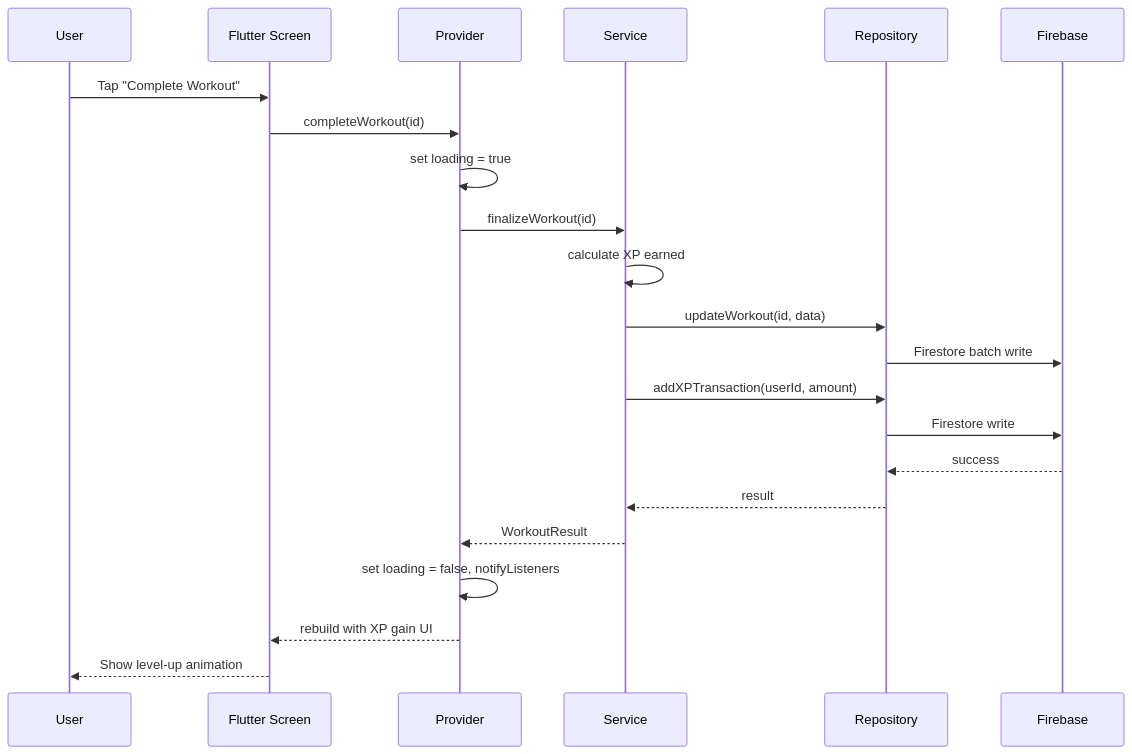
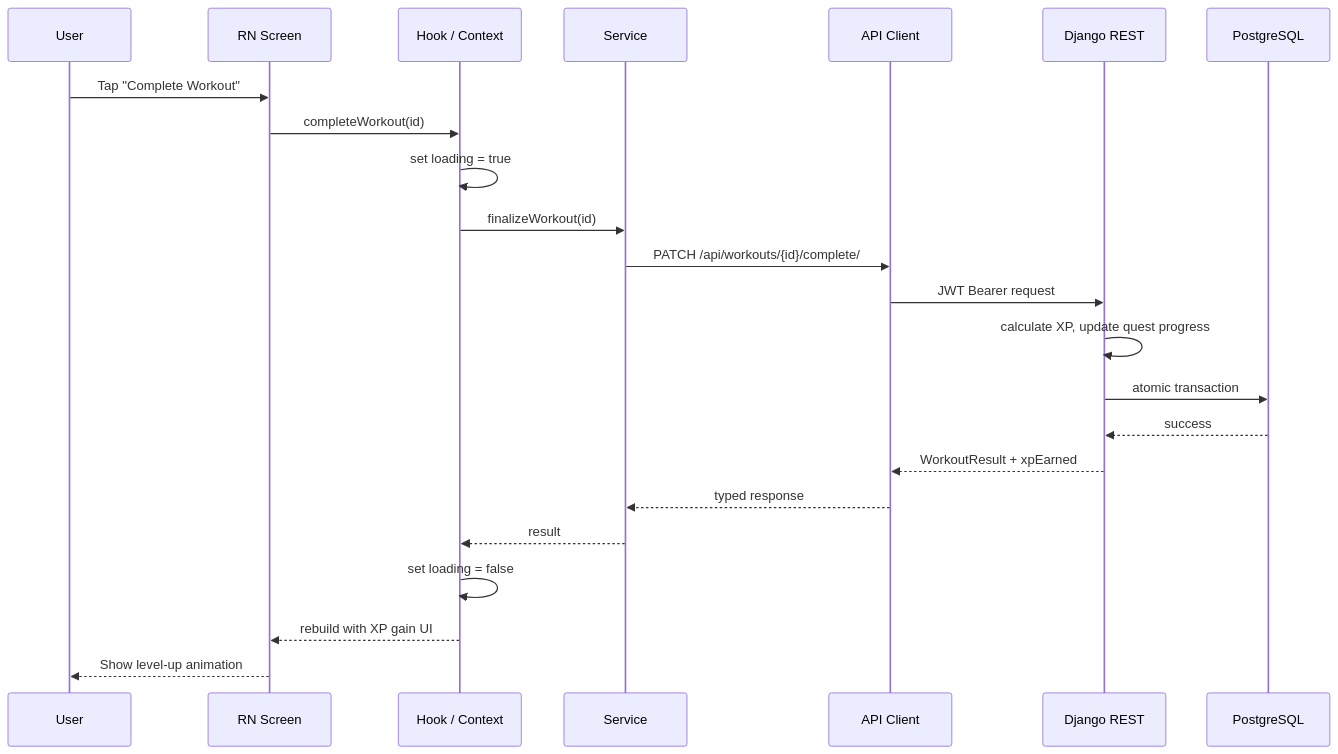
One commit to smrutisagarswain77/AscendFit changed the fourth of 4 diagrams in docs/ARCHITECTURE.md. Above: the diagram before and after it, drawn with Mermaid. The commit also changed other lines of this file and 13 other files, not shown here.

````diff
--- a/docs/ARCHITECTURE.md
+++ b/docs/ARCHITECTURE.md
@@ -213,25 +239,26 @@
 ```mermaid
 sequenceDiagram
     participant User
-    participant Screen as Flutter Screen
-    participant Provider as Provider
+    participant Screen as RN Screen
+    participant Hook as Hook / Context
     participant Service as Service
-    participant Repo as Repository
-    participant FB as Firebase
+    participant API as API Client
+    participant DRF as Django REST
+    participant DB as PostgreSQL
 
     User->>Screen: Tap "Complete Workout"
-    Screen->>Provider: completeWorkout(id)
-    Provider->>Provider: set loading = true
-    Provider->>Service: finalizeWorkout(id)
-    Service->>Service: calculate XP earned
-    Service->>Repo: updateWorkout(id, data)
-    Repo->>FB: Firestore batch write
-    Service->>Repo: addXPTransaction(userId, amount)
-    Repo->>FB: Firestore write
-    FB-->>Repo: success
-    Repo-->>Service: result
-    Service-->>Provider: WorkoutResult
-    Provider->>Provider: set loading = false, notifyListeners
-    Provider-->>Screen: rebuild with XP gain UI
+    Screen->>Hook: completeWorkout(id)
+    Hook->>Hook: set loading = true
+    Hook->>Service: finalizeWorkout(id)
+    Service->>API: PATCH /api/workouts/{id}/complete/
+    API->>DRF: JWT Bearer request
+    DRF->>DRF: calculate XP, update quest progress
+    DRF->>DB: atomic transaction
+    DB-->>DRF: success
+    DRF-->>API: WorkoutResult + xpEarned
+    API-->>Service: typed response
+    Service-->>Hook: result
+    Hook->>Hook: set loading = false
+    Hook-->>Screen: rebuild with XP gain UI
     Screen-->>User: Show level-up animation
 ```
````
